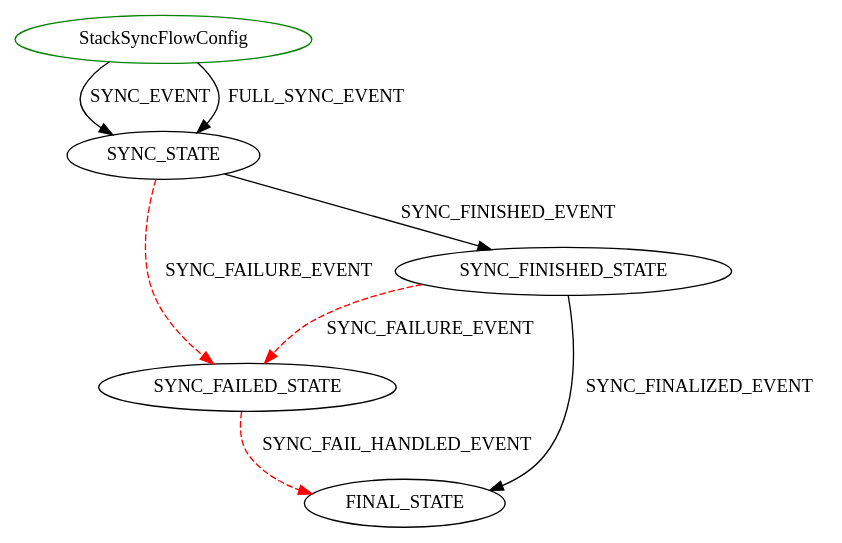
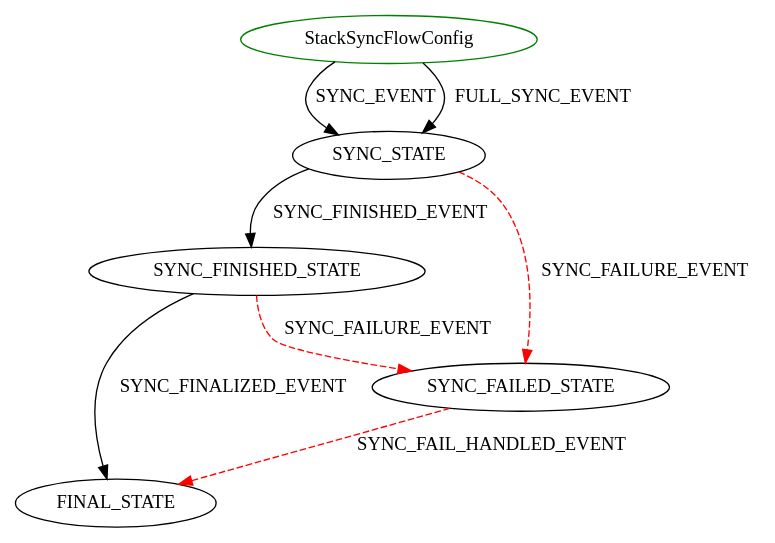
Before and after one commit to wprender/cloudbreak-docs: the diagram in docs/diagrams/StackSyncFlowConfig.dot, drawn with Graphviz. The commit also changed other lines of this file and 10 other files, not shown here.

Commit message:
CLOUD-50456 Stack upscale/downscale with new flow engine, upscale

```diff
--- a/docs/diagrams/StackSyncFlowConfig.dot
+++ b/docs/diagrams/StackSyncFlowConfig.dot
@@ -1,10 +1,10 @@
 digraph {
 INIT_STATE [label="StackSyncFlowConfig" shape=ellipse color=green];
 INIT_STATE -> SYNC_STATE [label="SYNC_EVENT" color=black style=solid];
+INIT_STATE -> SYNC_STATE [label="FULL_SYNC_EVENT" color=black style=solid];
+SYNC_STATE -> SYNC_FINISHED_STATE [label="SYNC_FINISHED_EVENT" color=black style=solid];
 SYNC_STATE -> SYNC_FAILED_STATE [label="SYNC_FAILURE_EVENT" color=red style=dashed];
 SYNC_FAILED_STATE -> FINAL_STATE [label="SYNC_FAIL_HANDLED_EVENT" color=red style=dashed];
-INIT_STATE -> SYNC_STATE [label="FULL_SYNC_EVENT" color=black style=solid];
-SYNC_STATE -> SYNC_FINISHED_STATE [label="SYNC_FINISHED_EVENT" color=black style=solid];
+SYNC_FINISHED_STATE -> FINAL_STATE [label="SYNC_FINALIZED_EVENT" color=black style=solid];
 SYNC_FINISHED_STATE -> SYNC_FAILED_STATE [label="SYNC_FAILURE_EVENT" color=red style=dashed];
-SYNC_FINISHED_STATE -> FINAL_STATE [label="SYNC_FINALIZED_EVENT" color=black style=solid];
 }
```
